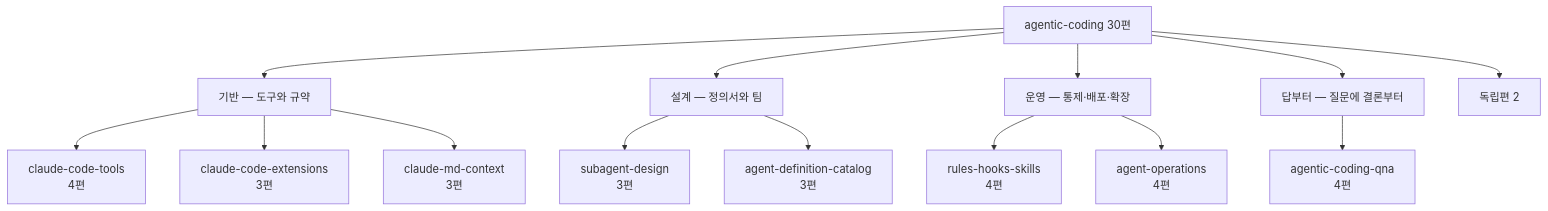
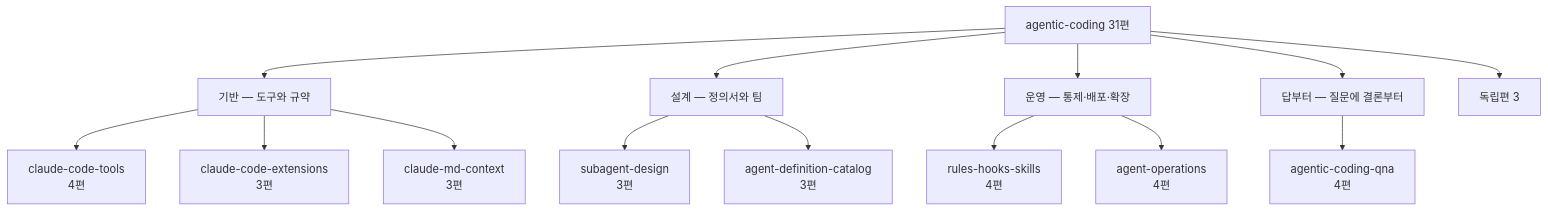
The second of 2 diagrams in content/blog/agentic-coding/topic-map-reading-paths.md (withwooyong/withwooyong.github.io), drawn with Mermaid before and after one commit. The commit also changed other lines of this file and 7 other files, not shown here.

````diff
--- a/content/blog/agentic-coding/topic-map-reading-paths.md
+++ b/content/blog/agentic-coding/topic-map-reading-paths.md
@@ -34,20 +34,20 @@
 ```mermaid
 flowchart TD
-    A["agentic-coding 30편"] --> B["기반 — 도구와 규약"]
+    A["agentic-coding 31편"] --> B["기반 — 도구와 규약"]
     A --> C["설계 — 정의서와 팀"]
     A --> D["운영 — 통제·배포·확장"]
     A --> E["답부터 — 질문에 결론부터"]
-    A --> F["독립편 2"]
+    A --> F["독립편 3"]
 
     B --> B1["claude-code-tools<br/>4편"]
     B --> B2["claude-code-extensions<br/>3편"]
     B --> B3["claude-md-context<br/>3편"]
 
     C --> C1["subagent-design<br/>3편"]
     C --> C2["agent-definition-catalog<br/>3편"]
 
     D --> D1["rules-hooks-skills<br/>4편"]
     D --> D2["agent-operations<br/>4편"]
 
     E --> E1["agentic-coding-qna<br/>4편"]
 ```
````
